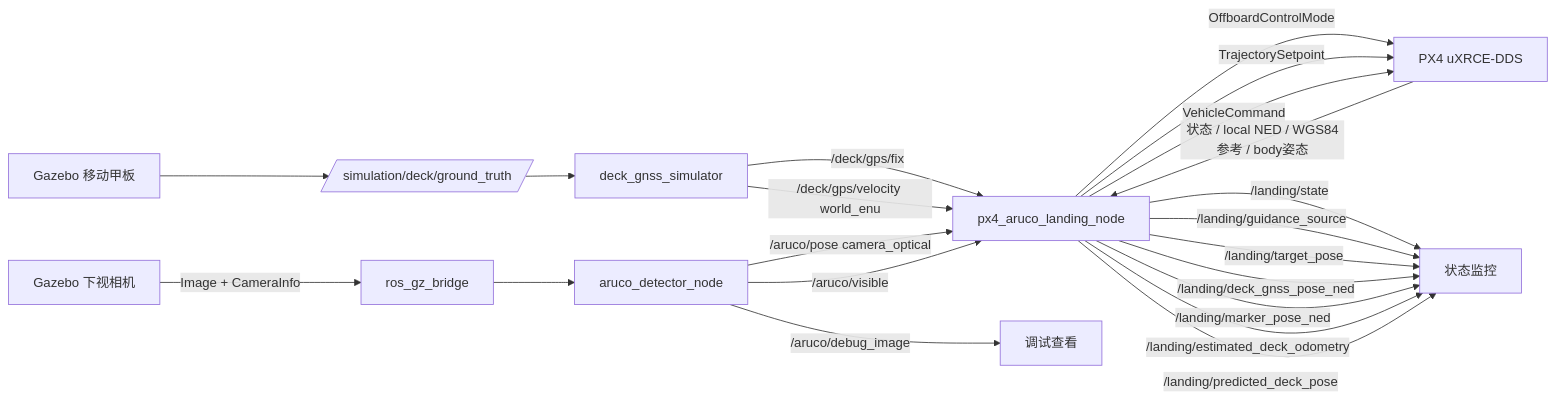
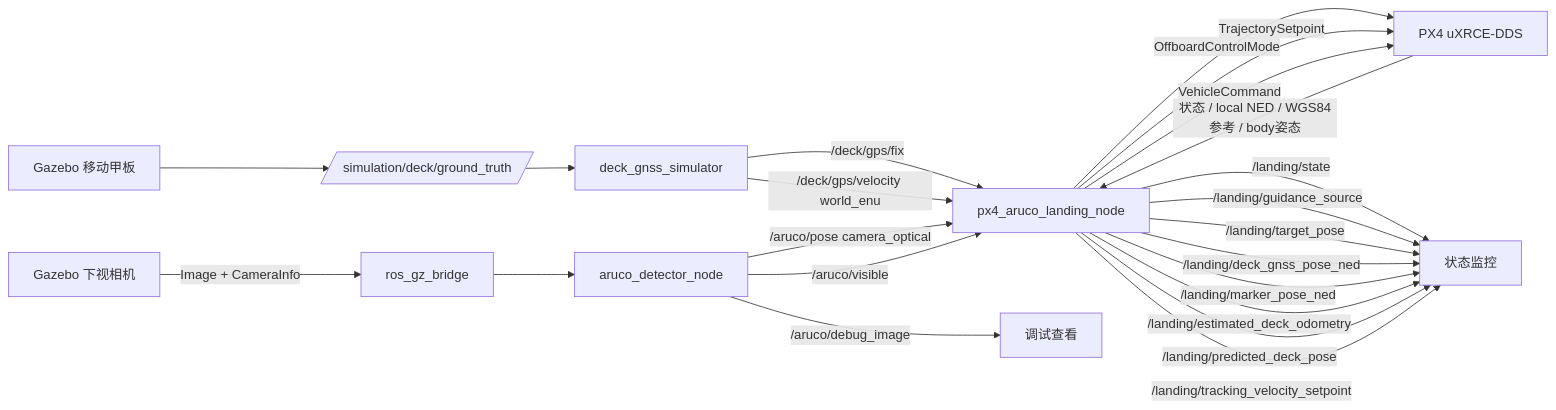
The diagram in docs/README.md (yjMa23/-ws_aruco_landing), drawn with Mermaid before and after one commit. The commit also changed other lines of this file and 14 other files, not shown here.

````diff
--- a/docs/README.md
+++ b/docs/README.md
@@ -46,26 +48,27 @@
 ```mermaid
 flowchart LR
     DECK[Gazebo 移动甲板] --> GT[/simulation/deck/ground_truth/]
     GT --> GNSS[deck_gnss_simulator]
     GNSS -->|/deck/gps/fix| CTRL[px4_aruco_landing_node]
     GNSS -->|/deck/gps/velocity world_enu| CTRL
 
     GZ[Gazebo 下视相机] -->|Image + CameraInfo| BR[ros_gz_bridge]
     BR --> DET[aruco_detector_node]
     DET -->|/aruco/pose camera_optical| CTRL
     DET -->|/aruco/visible| CTRL
     DET -->|/aruco/debug_image| VIEW[调试查看]
 
     PX4[PX4 uXRCE-DDS] -->|状态 / local NED / WGS84参考 / body姿态| CTRL
     CTRL -->|OffboardControlMode| PX4
     CTRL -->|TrajectorySetpoint| PX4
     CTRL -->|VehicleCommand| PX4
 
     CTRL -->|/landing/state| MON[状态监控]
     CTRL -->|/landing/guidance_source| MON
     CTRL -->|/landing/target_pose| MON
     CTRL -->|/landing/deck_gnss_pose_ned| MON
     CTRL -->|/landing/marker_pose_ned| MON
     CTRL -->|/landing/estimated_deck_odometry| MON
     CTRL -->|/landing/predicted_deck_pose| MON
+    CTRL -->|/landing/tracking_velocity_setpoint| MON
 ```
````
